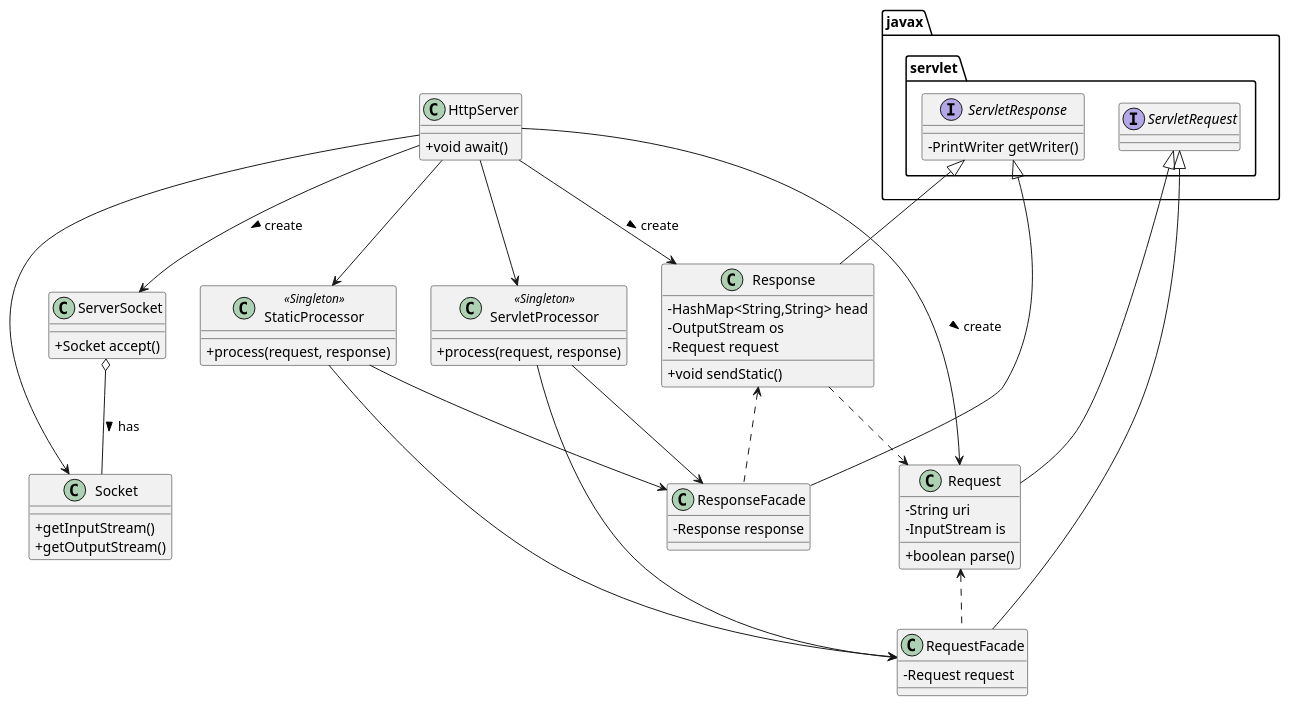
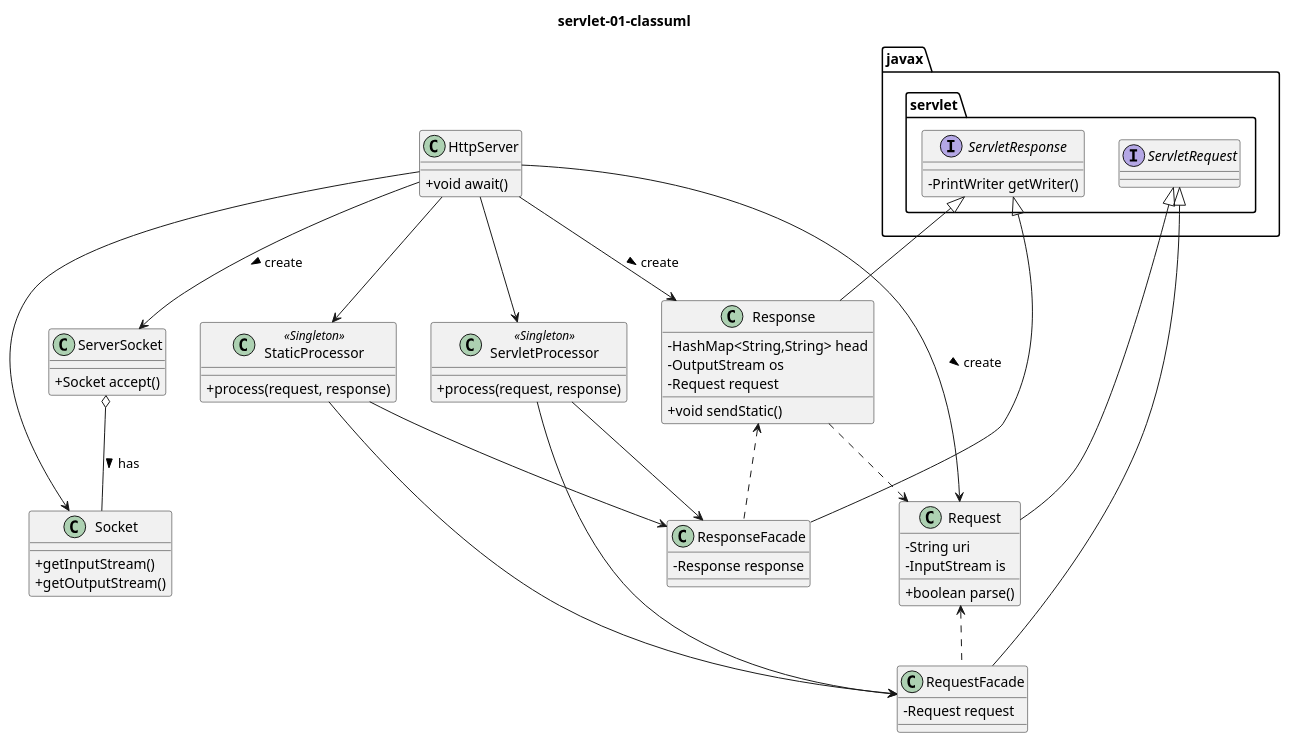
The diagram in src/main/java/servletServer01/servlet-01-classuml.puml (muscaestar/WebServerForFun), drawn with PlantUML before and after one commit. The commit also changed 8 other files, not shown here.

```diff
--- a/src/main/java/servletServer01/servlet-01-classuml.puml
+++ b/src/main/java/servletServer01/servlet-01-classuml.puml
@@ -1,74 +1,75 @@
 @startuml servlet-01-classuml
 skinparam classAttributeIconSize 0
+title servlet-01-classuml
 class HttpServer {
     + void await()
 }
 interface javax.servlet.ServletRequest {
 }
 interface javax.servlet.ServletResponse {
     - PrintWriter getWriter()
 }
 together {
     class ServerSocket {
         + Socket accept()
     }
     class Socket {
         + getInputStream()
         + getOutputStream()
     }
 }
 together {
     class RequestFacade {
         - Request request
     }
     class Request {
         - String uri
         - InputStream is
         + boolean parse()
     }
 }
 together {
     class ResponseFacade {
         - Response response
     }
     class Response {
         - HashMap<String,String> head
         - OutputStream os
         - Request request
         + void sendStatic()
     }
 }
 together {
     class StaticProcessor <<Singleton>> {
         + process(request, response)
     }
     class ServletProcessor <<Singleton>> {
         + process(request, response)
     }
 }
 
 
 javax.servlet.ServletRequest <|-- Request
 javax.servlet.ServletResponse <|-- Response
 javax.servlet.ServletRequest <|-- RequestFacade
 javax.servlet.ServletResponse <|-- ResponseFacade
 Request <.. RequestFacade
 Response <.. ResponseFacade
 
 
 HttpServer -->  ServerSocket : create >
 ServerSocket o-- Socket : has >
 HttpServer -->  Socket
 HttpServer -->  Request : create >
 HttpServer -->  Response : create >
 Response ..> Request
 
 HttpServer -> StaticProcessor
 HttpServer -> ServletProcessor
 StaticProcessor --> RequestFacade
 StaticProcessor --> ResponseFacade
 ServletProcessor --> RequestFacade
 ServletProcessor --> ResponseFacade
 
 
 @enduml
```
